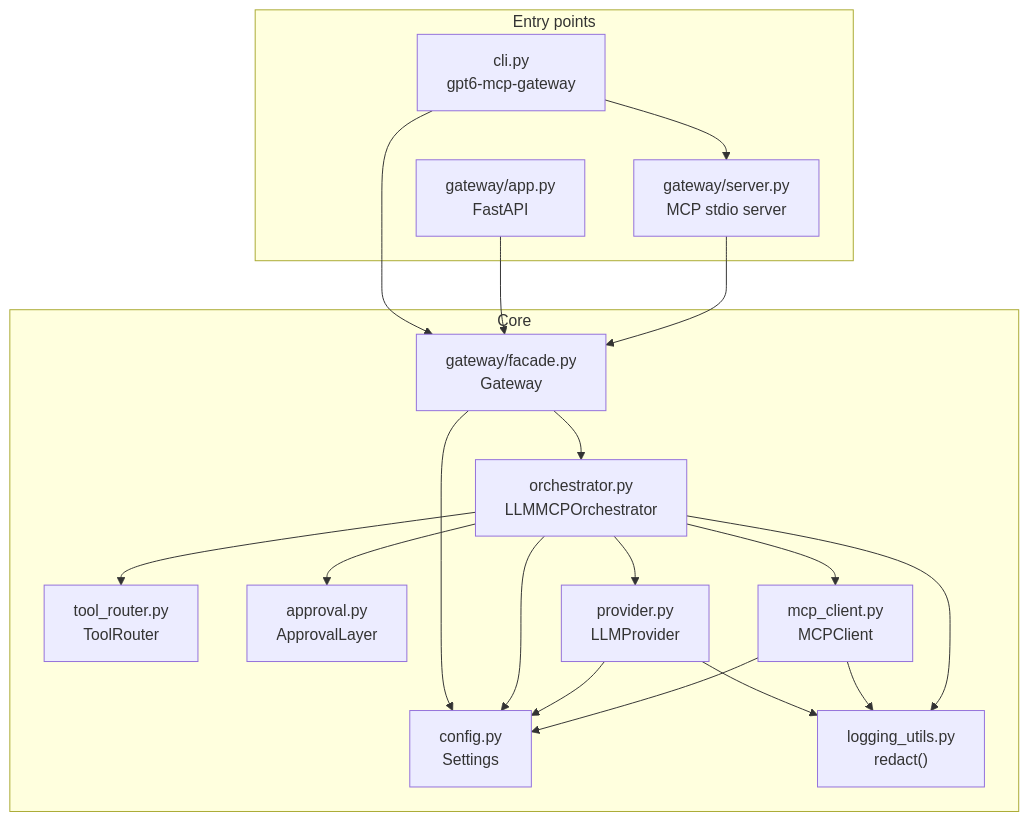
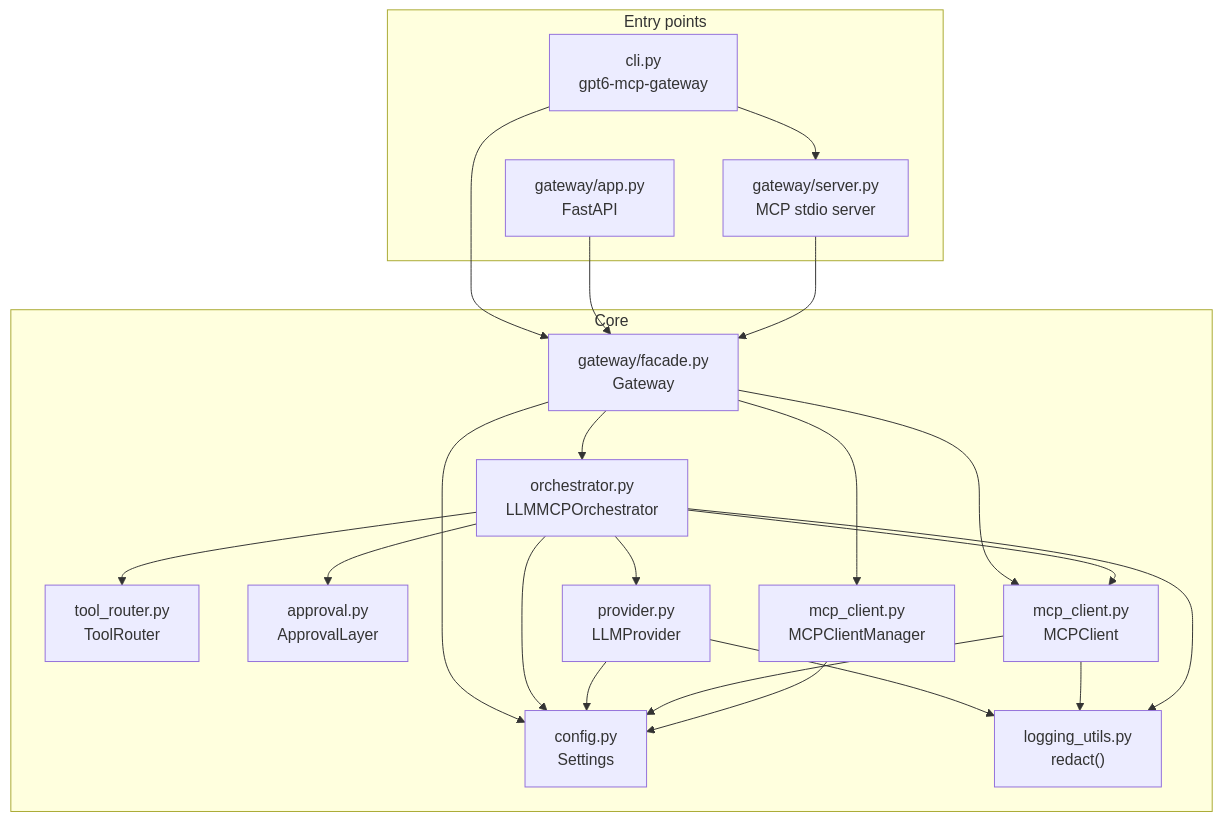
One commit to rwamyth-blip/MCP-for-Copilot changed the first of 2 diagrams in docs/architecture.md. Above: the diagram before and after it, drawn with Mermaid. The commit also changed other lines of this file and 11 other files, not shown here.

````diff
--- a/docs/architecture.md
+++ b/docs/architecture.md
@@ -5,36 +5,40 @@
 ```mermaid
 flowchart TB
     subgraph Entry["Entry points"]
         CLI["cli.py<br/>gpt6-mcp-gateway"]
         APP["gateway/app.py<br/>FastAPI"]
         SRV["gateway/server.py<br/>MCP stdio server"]
     end
 
     subgraph Core["Core"]
         FAC["gateway/facade.py<br/>Gateway"]
         ORC["orchestrator.py<br/>LLMMCPOrchestrator"]
         RTR["tool_router.py<br/>ToolRouter"]
         APR["approval.py<br/>ApprovalLayer"]
         PRV["provider.py<br/>LLMProvider"]
         MCP["mcp_client.py<br/>MCPClient"]
+        MGR["mcp_client.py<br/>MCPClientManager"]
         CFG["config.py<br/>Settings"]
         LOG["logging_utils.py<br/>redact()"]
     end
 
     CLI --> FAC
     CLI --> SRV
     APP --> FAC
     SRV --> FAC
     FAC --> ORC
+    FAC --> MCP
+    FAC --> MGR
     ORC --> PRV
     ORC --> RTR
     ORC --> APR
     ORC --> MCP
     FAC --> CFG
     ORC --> CFG
     PRV --> CFG
     MCP --> CFG
+    MGR --> CFG
     PRV --> LOG
     MCP --> LOG
     ORC --> LOG
 ```
````
